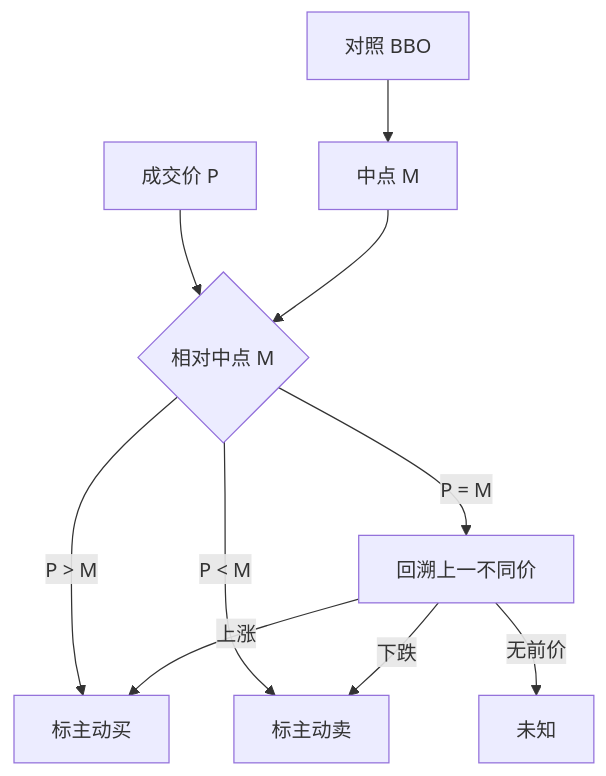
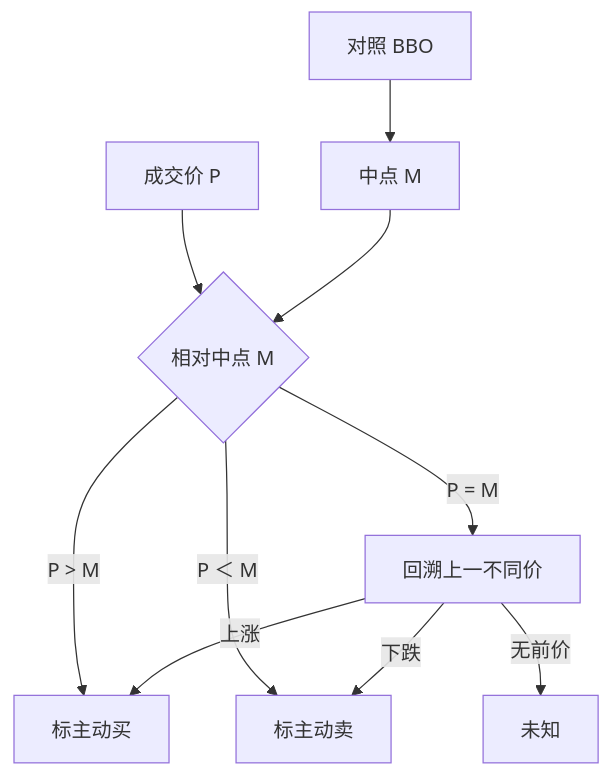
One commit to xhongduo-tech/xhongduo-tech.github.io changed the diagram in docs/quant/lee-ready.md. Above: the diagram before and after it, drawn with Mermaid. The commit also changed other lines of this file and 772 other files, not shown here.

````diff
--- a/docs/quant/lee-ready.md
+++ b/docs/quant/lee-ready.md
@@ -51,12 +51,12 @@
 ```mermaid
 flowchart TD
   TR["成交价 P"] --> CMP{"相对中点 M"}
   Q["对照 BBO"] --> M["中点 M"]
   M --> CMP
   CMP -->|P > M| BUY["标主动买"]
-  CMP -->|P < M| SELL["标主动卖"]
+  CMP -->|P ＜ M| SELL["标主动卖"]
   CMP -->|P = M| TICK["回溯上一不同价"]
   TICK -->|上涨| BUY
   TICK -->|下跌| SELL
   TICK -->|无前价| NA["未知"]
 ```
````
